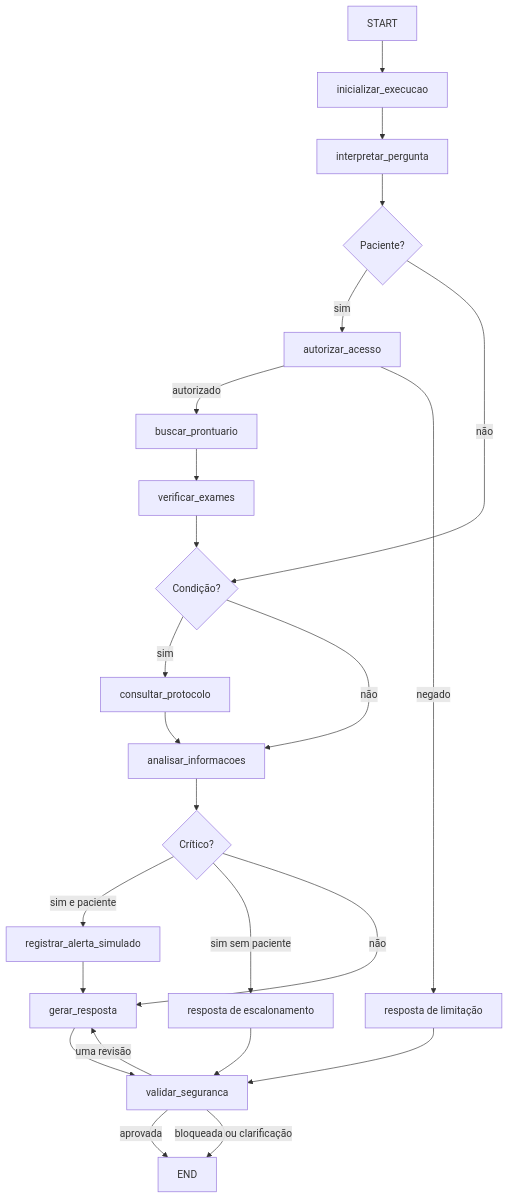
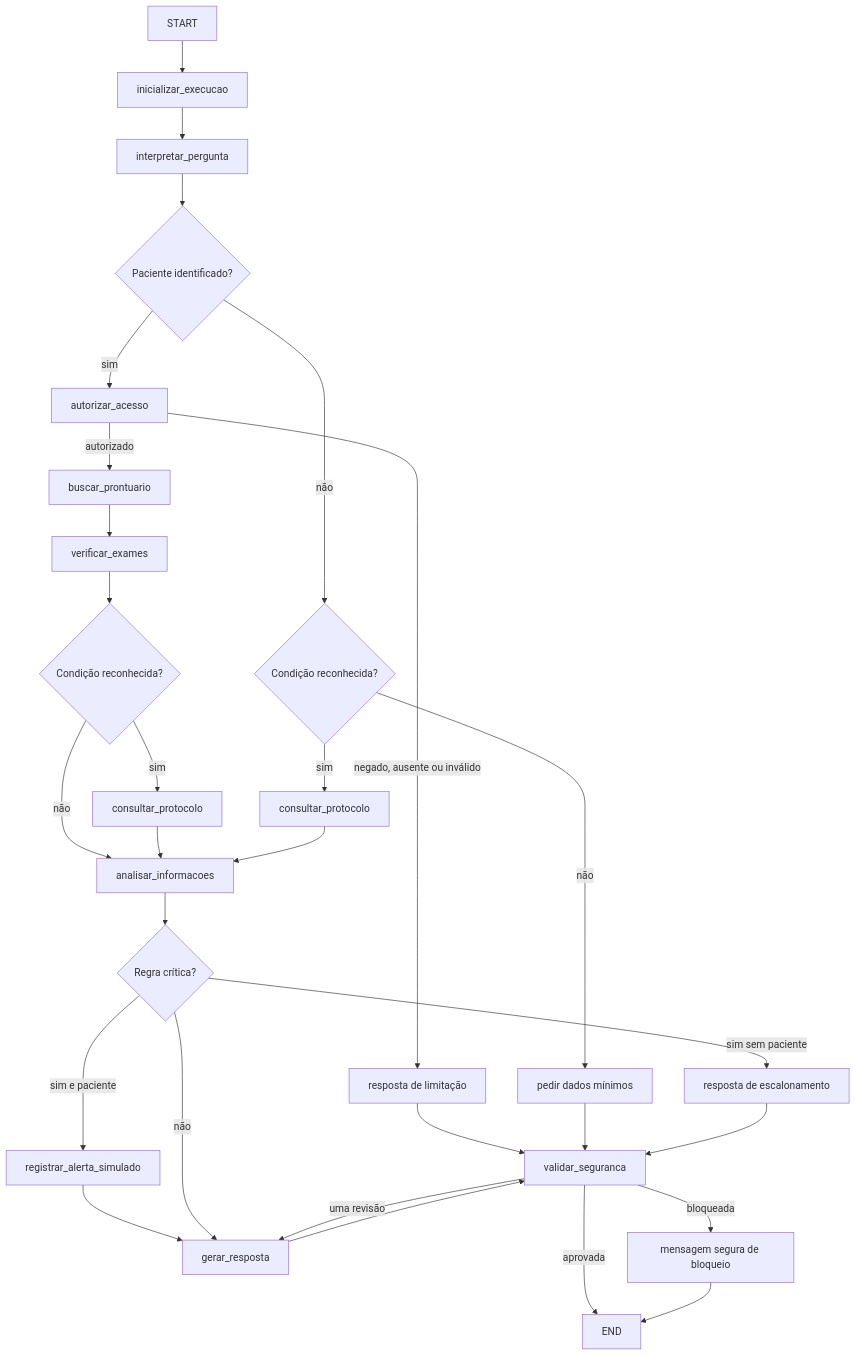
The diagram in docs/design-doc-langgraph.md (AraujoAlan/TechV3), drawn with Mermaid before and after one commit. The commit also changed other lines of this file and 1 other file, not shown here.

```diff
--- a/docs/design-doc-langgraph.md
+++ b/docs/design-doc-langgraph.md
@@ -195,22 +139,27 @@
 ~~~mermaid
 flowchart TD
   START --> init[inicializar_execucao] --> interpret[interpretar_pergunta]
-  interpret --> patient{Paciente?}
+  interpret --> patient{Paciente identificado?}
   patient -->|sim| auth[autorizar_acesso]
+  auth -->|negado, ausente ou inválido| limited[resposta de limitação]
   auth -->|autorizado| record[buscar_prontuario] --> exams[verificar_exames]
-  auth -->|negado| limited[resposta de limitação]
-  patient -->|não| condition{Condição?}
-  exams --> condition
-  condition -->|sim| protocol[consultar_protocolo] --> analysis[analisar_informacoes]
-  condition -->|não| analysis
-  analysis --> critical{Crítico?}
+  patient -->|não| condition{Condição reconhecida?}
+  condition -->|não| clarify[pedir dados mínimos]
+  condition -->|sim| protocol_general[consultar_protocolo]
+  exams --> condition_after_record{Condição reconhecida?}
+  condition_after_record -->|sim| protocol[consultar_protocolo]
+  condition_after_record -->|não| analysis[analisar_informacoes]
+  protocol --> analysis
+  protocol_general --> analysis
+  analysis --> critical{Regra crítica?}
   critical -->|sim e paciente| alert[registrar_alerta_simulado] --> answer[gerar_resposta]
   critical -->|sim sem paciente| escalation[resposta de escalonamento]
   critical -->|não| answer
   answer --> safety[validar_seguranca]
   limited --> safety
+  clarify --> safety
   escalation --> safety
   safety -->|aprovada| END
   safety -->|uma revisão| answer
-  safety -->|bloqueada ou clarificação| END
+  safety -->|bloqueada| blocked[mensagem segura de bloqueio] --> END
 ~~~
```
